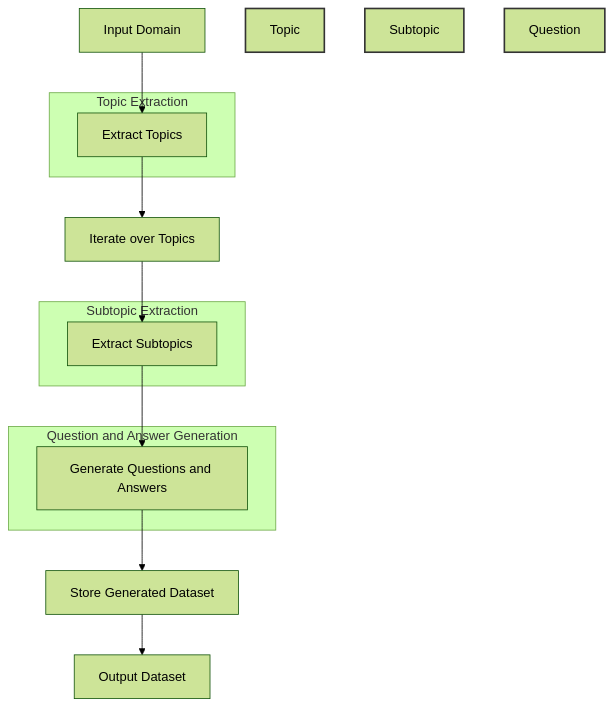
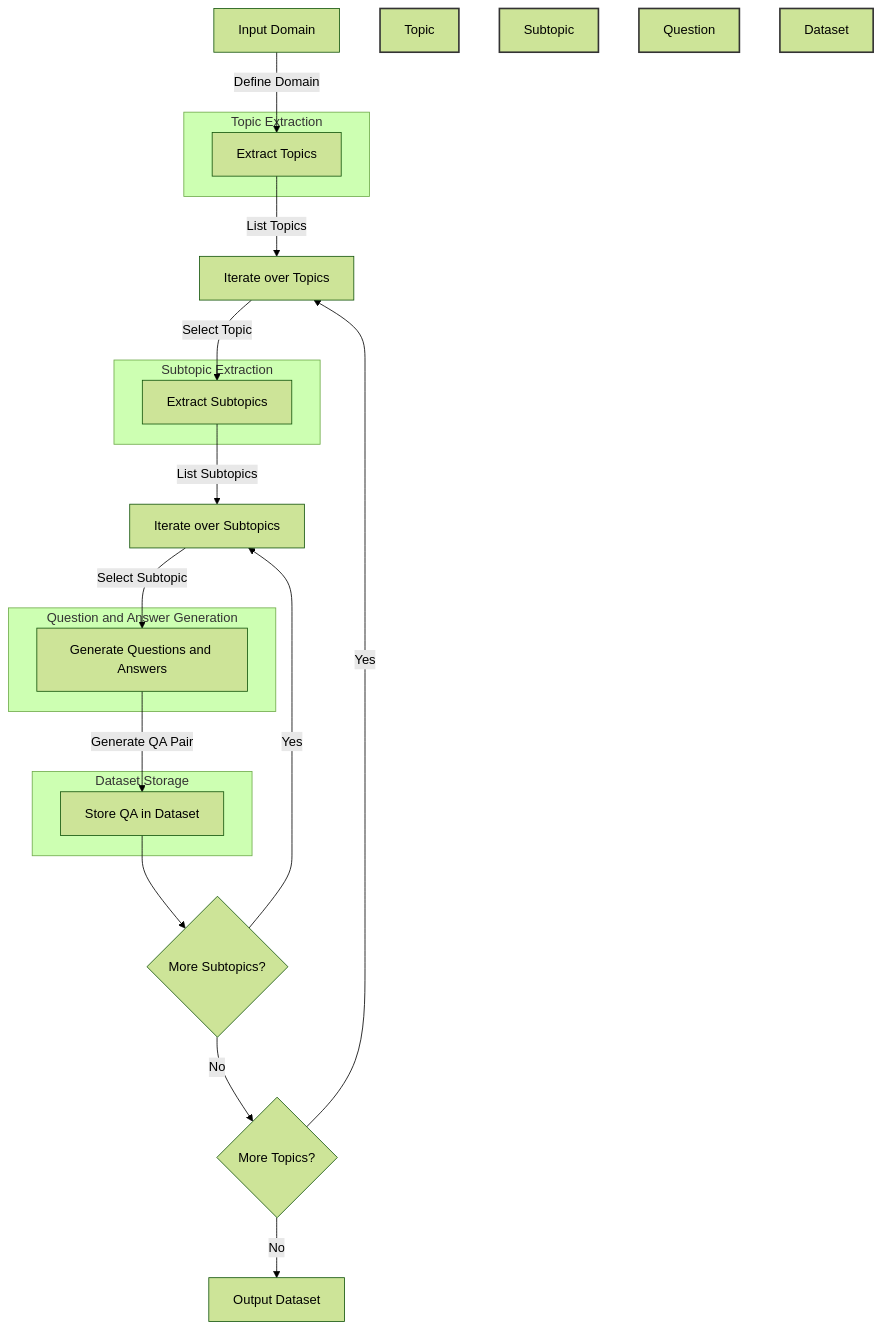
The diagram in README.md (AmanPriyanshu/GeneratorPromptKit), drawn with Mermaid (forest theme) before and after one commit.

````diff
--- a/README.md
+++ b/README.md
@@ -23,25 +23,35 @@
 ```mermaid
 graph TD
-    A[Input Domain] --> B[Extract Topics]
-    B --> C[Iterate over Topics]
-    C --> D[Extract Subtopics]
-    D --> E[Generate Questions and Answers]
-    E --> F[Store Generated Dataset]
-    F --> G[Output Dataset]
+    A[Input Domain] -->|Define Domain| B[Extract Topics]
+    B -->|List Topics| C[Iterate over Topics]
+    C -->|Select Topic| D[Extract Subtopics]
+    D -->|List Subtopics| E[Iterate over Subtopics]
+    E -->|Select Subtopic| F[Generate Questions and Answers]
+    F -->|Generate QA Pair| G[Store QA in Dataset]
+    G --> H{More Subtopics?}
+    H -- Yes --> E
+    H -- No --> I{More Topics?}
+    I -- Yes --> C
+    I -- No --> J[Output Dataset]
 
     subgraph Topic Extraction
         B
     end
 
     subgraph Subtopic Extraction
         D
     end
 
     subgraph Question and Answer Generation
-        E
+        F
+    end
+
+    subgraph Dataset Storage
+        G
     end
 
     style Topic Extraction fill:#f9d,stroke:#333,stroke-width:2px
     style Subtopic Extraction fill:#dbf,stroke:#333,stroke-width:2px
     style Question and Answer Generation fill:#ffd,stroke:#333,stroke-width:2px
+    style Dataset Storage fill:#bdf,stroke:#333,stroke-width:2px
 ```
````
